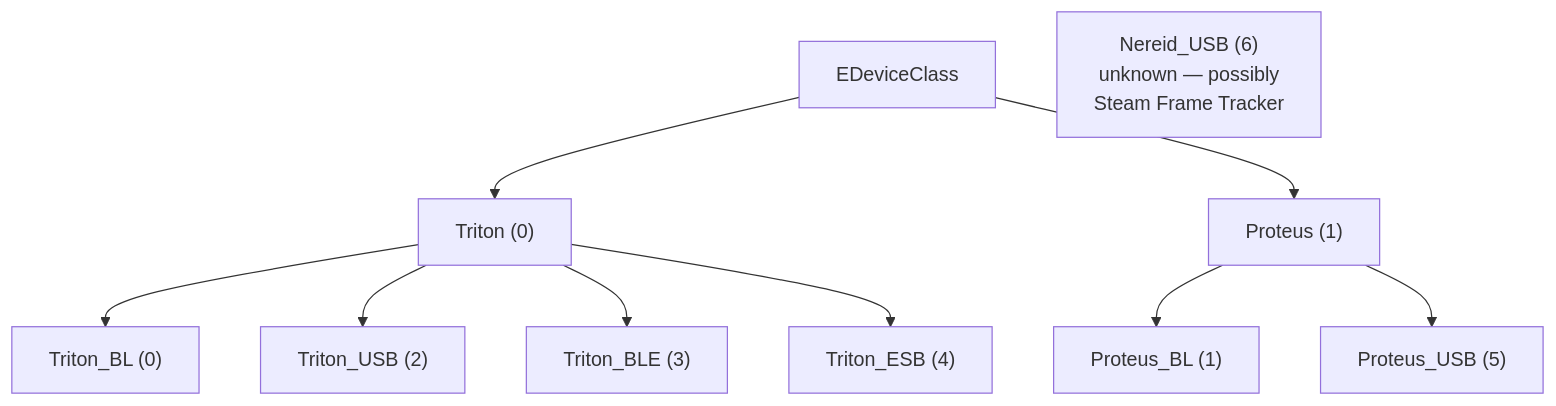
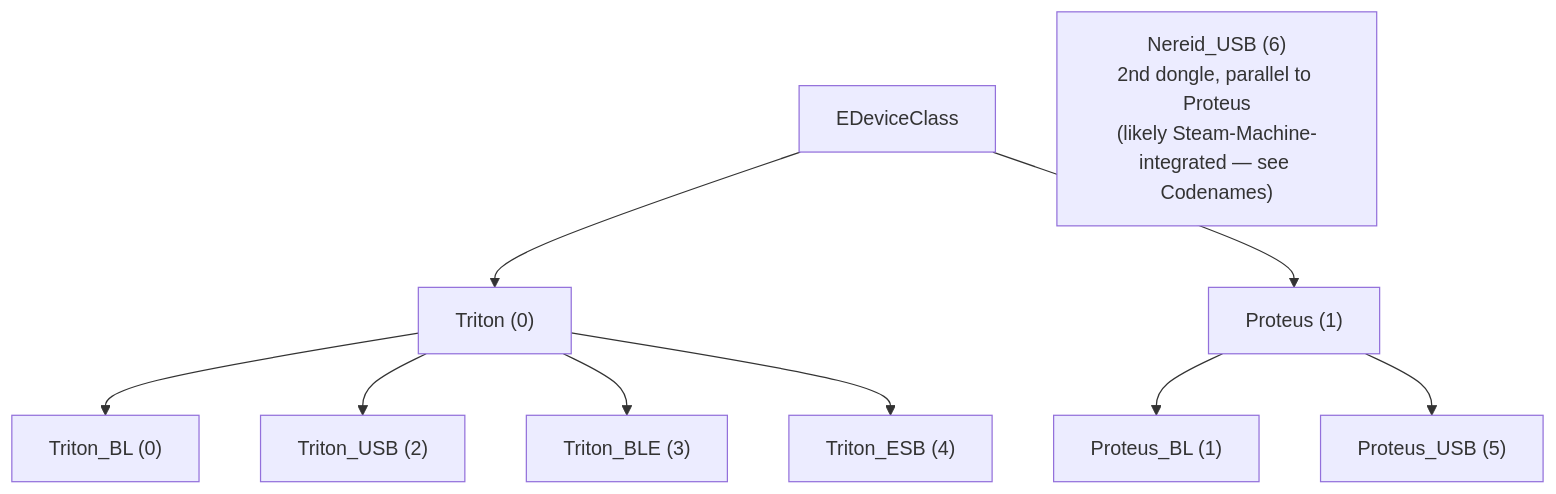
One commit to CouchTurtle/sc2-research changed the third of 3 diagrams in docs/FIRMWARE_PROTOCOL.md. Above: the diagram before and after it, drawn with Mermaid. The commit also changed other lines of this file and 7 other files, not shown here.

````diff
--- a/docs/FIRMWARE_PROTOCOL.md
+++ b/docs/FIRMWARE_PROTOCOL.md
@@ -154,12 +154,12 @@
 ```mermaid
 flowchart TB
     DC["EDeviceClass"] --> T["Triton (0)"]
     DC --> P["Proteus (1)"]
     T --> T_BL["Triton_BL (0)"]
     T --> T_USB["Triton_USB (2)"]
     T --> T_BLE["Triton_BLE (3)"]
     T --> T_ESB["Triton_ESB (4)"]
     P --> P_BL["Proteus_BL (1)"]
     P --> P_USB["Proteus_USB (5)"]
-    N["Nereid_USB (6)<br/>unknown — possibly<br/>Steam Frame Tracker"]
+    N["Nereid_USB (6)<br/>2nd dongle, parallel to Proteus<br/>(likely Steam-Machine-integrated — see Codenames)"]
 ```
````
